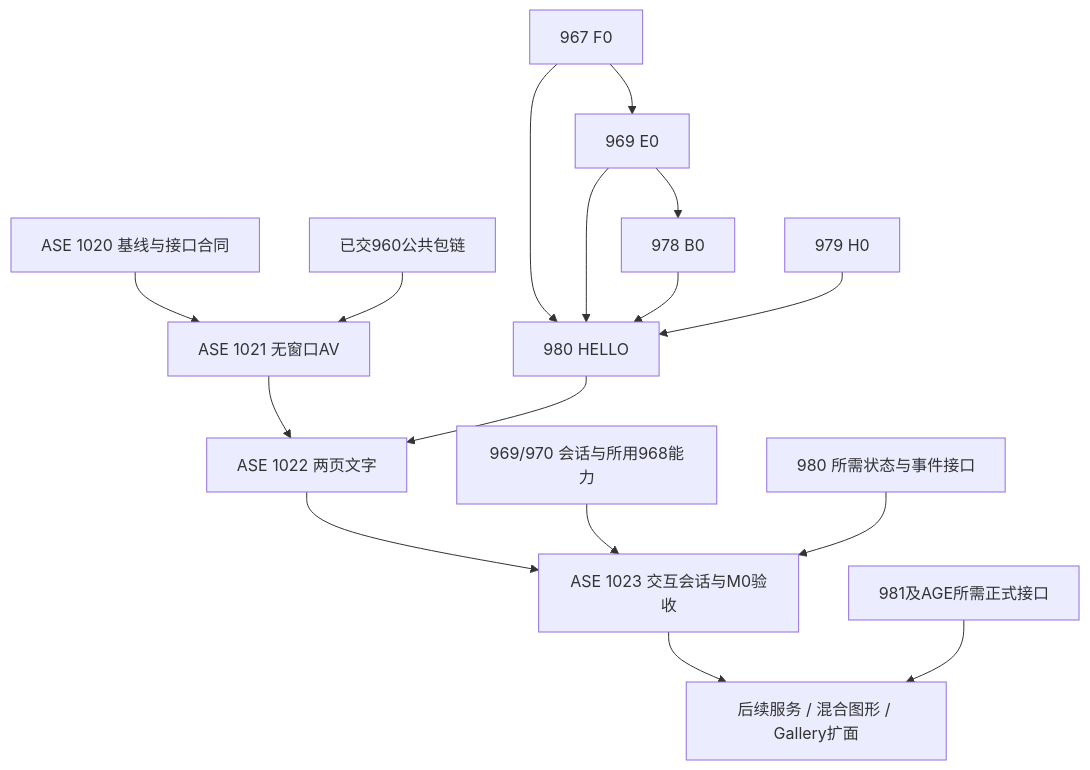
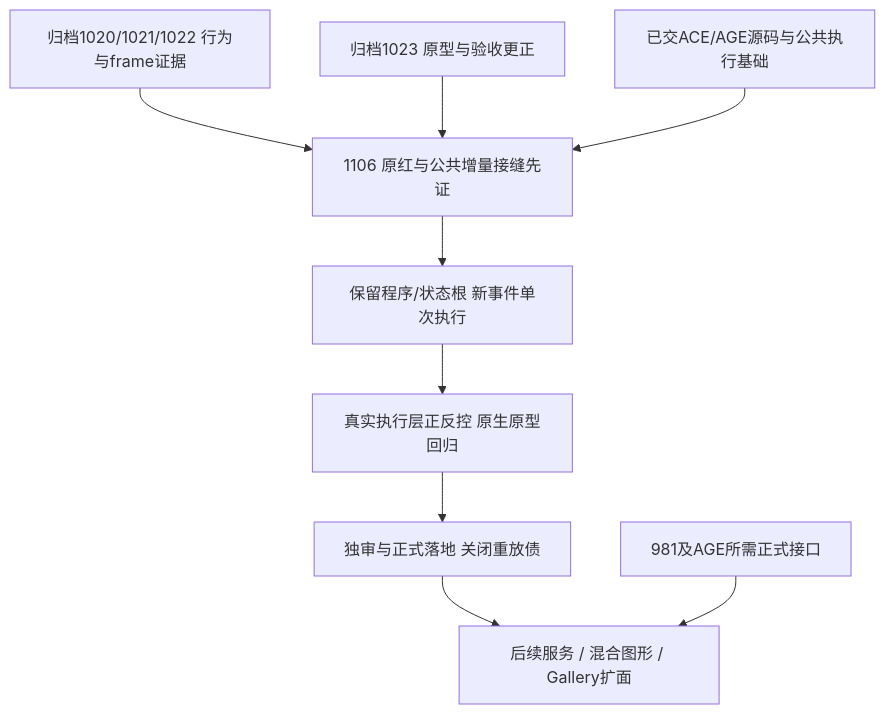
One commit to auto-stack/auto-lang changed the diagram in docs/design/strategy/ase-m0-delivery-roadmap.md. Above: the diagram before and after it, drawn with Mermaid. The commit also changed other lines of this file and 39 other files, not shown here.

````diff
--- a/docs/design/strategy/ase-m0-delivery-roadmap.md
+++ b/docs/design/strategy/ase-m0-delivery-roadmap.md
@@ -62,18 +75,11 @@
 ```mermaid
 flowchart TD
-    B[ASE 1020 基线与接口合同] --> H[ASE 1021 无窗口AV]
-    D[已交960公共包链] --> H
-    F[967 F0] --> E[969 E0]
-    E --> K[978 B0]
-    F --> U[980 HELLO]
-    E --> U
-    K --> U
-    S[979 H0] --> U
-    H --> T[ASE 1022 两页文字]
-    U --> T
-    T --> I[ASE 1023 交互会话与M0验收]
-    R[969/970 会话与所用968能力] --> I
-    C[980 所需状态与事件接口] --> I
-    I --> Next[后续服务 / 混合图形 / Gallery扩面]
+    H[归档1020/1021/1022 行为与frame证据] --> P[1106 原红与公共增量接缝先证]
+    I[归档1023 原型与验收更正] --> P
+    U[已交ACE/AGE源码与公共执行基础] --> P
+    P --> C[保留程序/状态根 新事件单次执行]
+    C --> R[真实执行层正反控 原生原型回归]
+    R --> D[独审与正式落地 关闭重放债]
+    D --> Next[后续服务 / 混合图形 / Gallery扩面]
     A[981及AGE所需正式接口] --> Next
 ```
````
